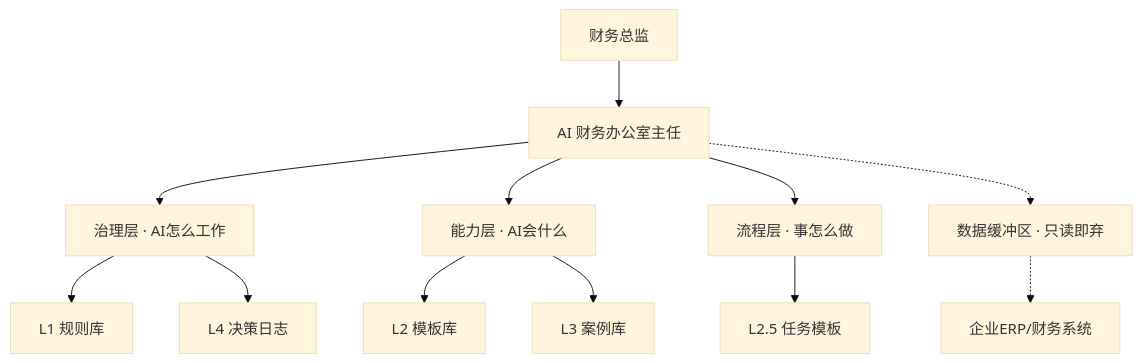
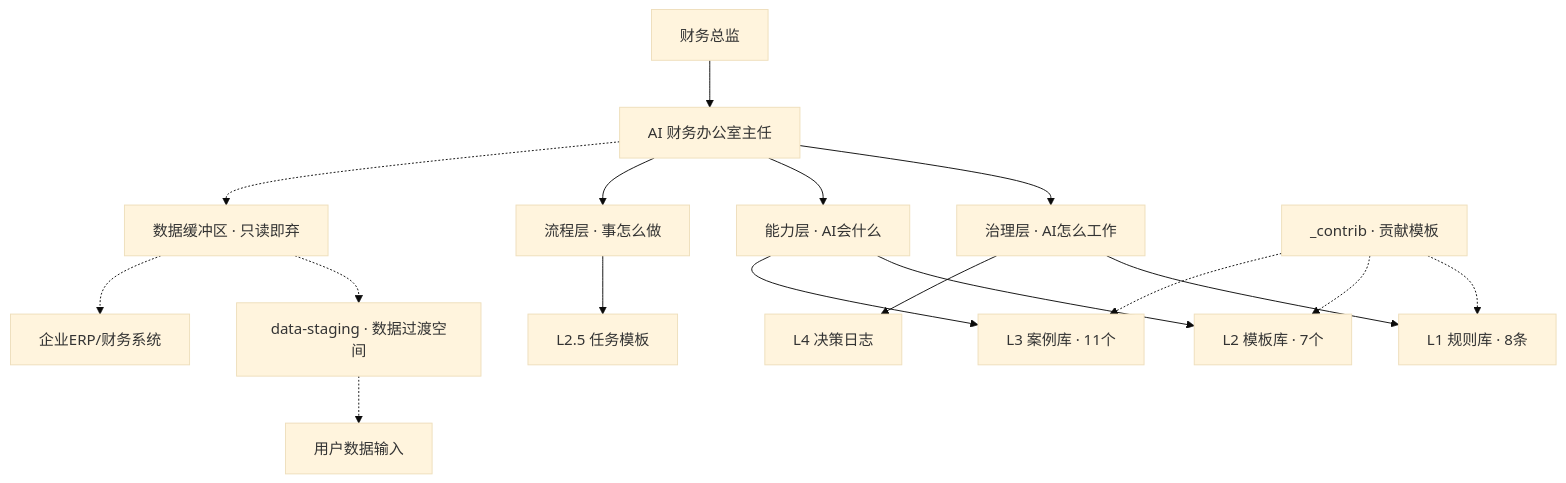
The diagram in README.md (sunjun0621/FinanceOS_WorkBuddy), drawn with Mermaid (base theme) before and after one commit. The commit also changed other lines of this file and 36 other files, not shown here.

````diff
--- a/README.md
+++ b/README.md
@@ -77,16 +77,22 @@
 ```mermaid
 graph TB
     CFO[财务总监] --> Director[AI 财务办公室主任]
     Director --> Governance[治理层 · AI怎么工作]
     Director --> Capability[能力层 · AI会什么]
     Director --> Workflow[流程层 · 事怎么做]
     
-    Governance --> L1[L1 规则库]
-    Capability --> L2[L2 模板库]
+    Governance --> L1[L1 规则库 · 8条]
+    Capability --> L2[L2 模板库 · 7个]
     Workflow --> L2.5[L2.5 任务模板]
-    Capability --> L3[L3 案例库]
+    Capability --> L3[L3 案例库 · 11个]
     Governance --> L4[L4 决策日志]
     
     Director -.-> Buffer[数据缓冲区 · 只读即弃]
+    Buffer -.-> Staging[data-staging · 数据过渡空间]
+    Staging -.-> User[用户数据输入]
     Buffer -.-> ERP[企业ERP/财务系统]
+    
+    Contrib[_contrib · 贡献模板] -.-> L1
+    Contrib -.-> L2
+    Contrib -.-> L3
 ```
````
